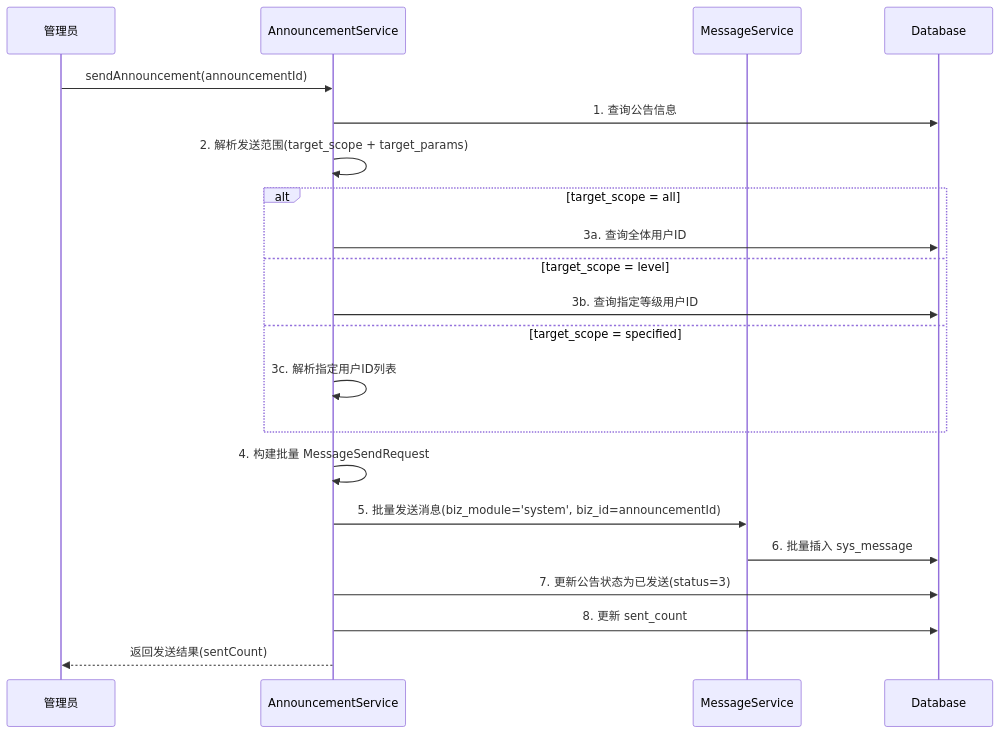
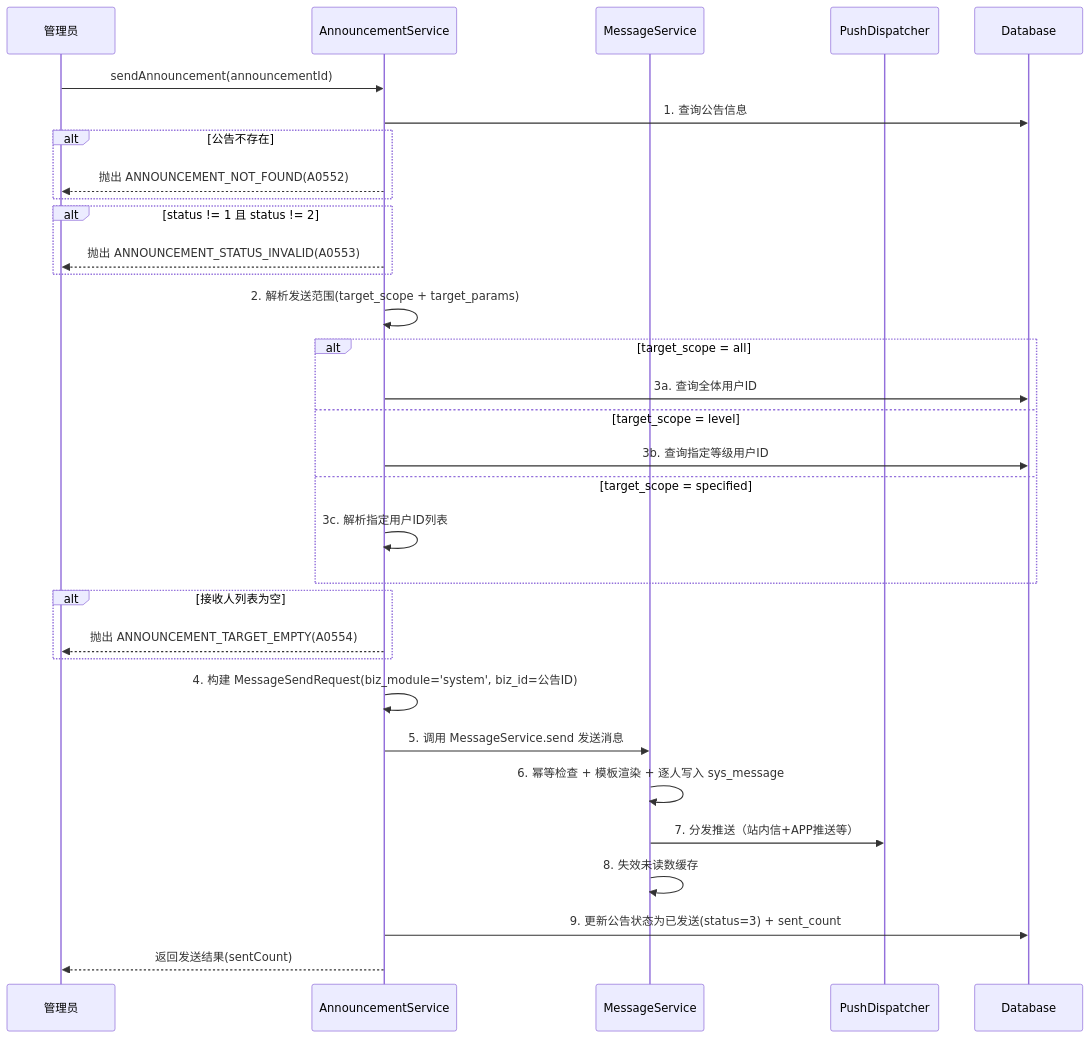
The third of 3 diagrams in dehaze-doc/docs/03-模块设计/基础模块/消息通知/后端实现.md (earthy-zinc/dehaze-system), drawn with Mermaid before and after one commit. The commit also changed other lines of this file and 17 other files, not shown here.

````diff
--- a/dehaze-doc/docs/03-模块设计/基础模块/消息通知/后端实现.md
+++ b/dehaze-doc/docs/03-模块设计/基础模块/消息通知/后端实现.md
@@ -266,24 +281,35 @@
 ```mermaid
 sequenceDiagram
     participant Admin as 管理员
     participant AS as AnnouncementService
     participant MS as MessageService
+    participant Dispatcher as PushDispatcher
     participant DB as Database
 
     Admin->>AS: sendAnnouncement(announcementId)
     AS->>DB: 1. 查询公告信息
+    alt 公告不存在
+        AS-->>Admin: 抛出 ANNOUNCEMENT_NOT_FOUND(A0552)
+    end
+    alt status != 1 且 status != 2
+        AS-->>Admin: 抛出 ANNOUNCEMENT_STATUS_INVALID(A0553)
+    end
     AS->>AS: 2. 解析发送范围(target_scope + target_params)
     alt target_scope = all
         AS->>DB: 3a. 查询全体用户ID
     else target_scope = level
         AS->>DB: 3b. 查询指定等级用户ID
     else target_scope = specified
         AS->>AS: 3c. 解析指定用户ID列表
     end
-    AS->>AS: 4. 构建批量 MessageSendRequest
-    AS->>MS: 5. 批量发送消息(biz_module='system', biz_id=announcementId)
-    MS->>DB: 6. 批量插入 sys_message
-    AS->>DB: 7. 更新公告状态为已发送(status=3)
-    AS->>DB: 8. 更新 sent_count
+    alt 接收人列表为空
+        AS-->>Admin: 抛出 ANNOUNCEMENT_TARGET_EMPTY(A0554)
+    end
+    AS->>AS: 4. 构建 MessageSendRequest(biz_module='system', biz_id=公告ID)
+    AS->>MS: 5. 调用 MessageService.send 发送消息
+    MS->>MS: 6. 幂等检查 + 模板渲染 + 逐人写入 sys_message
+    MS->>Dispatcher: 7. 分发推送（站内信+APP推送等）
+    MS->>MS: 8. 失效未读数缓存
+    AS->>DB: 9. 更新公告状态为已发送(status=3) + sent_count
     AS-->>Admin: 返回发送结果(sentCount)
 ```
````
